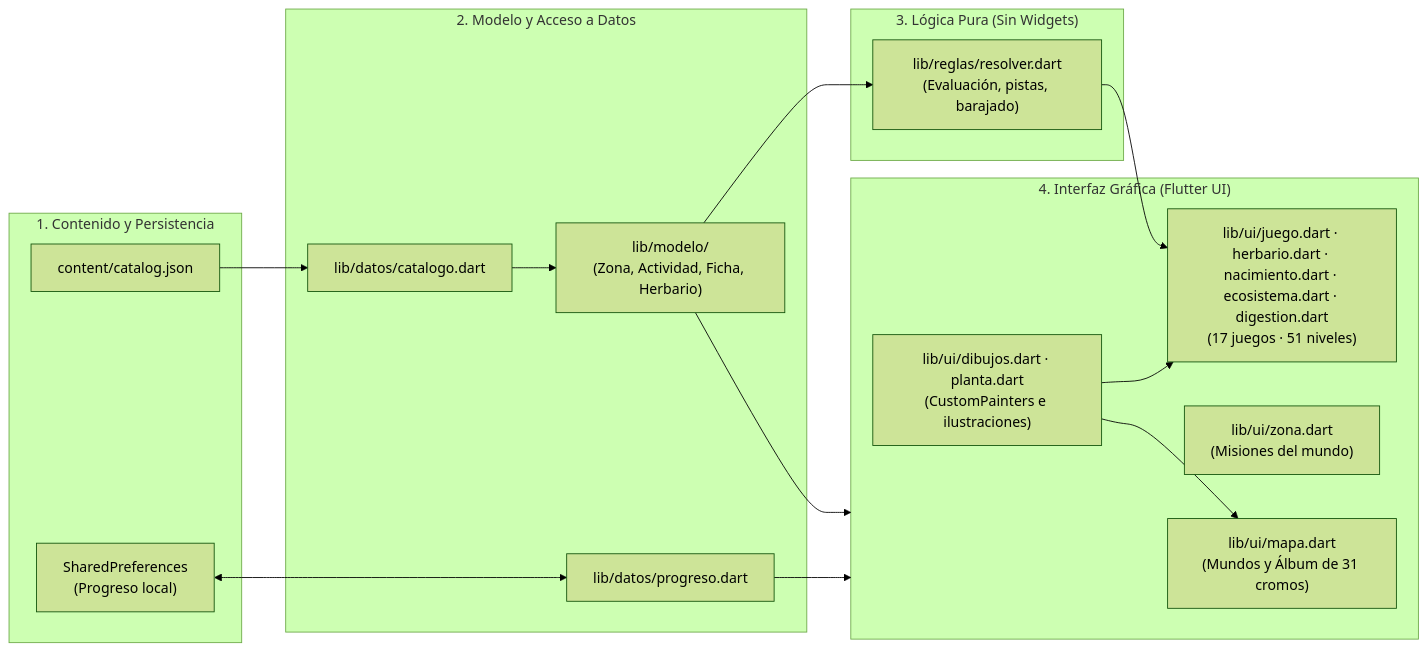
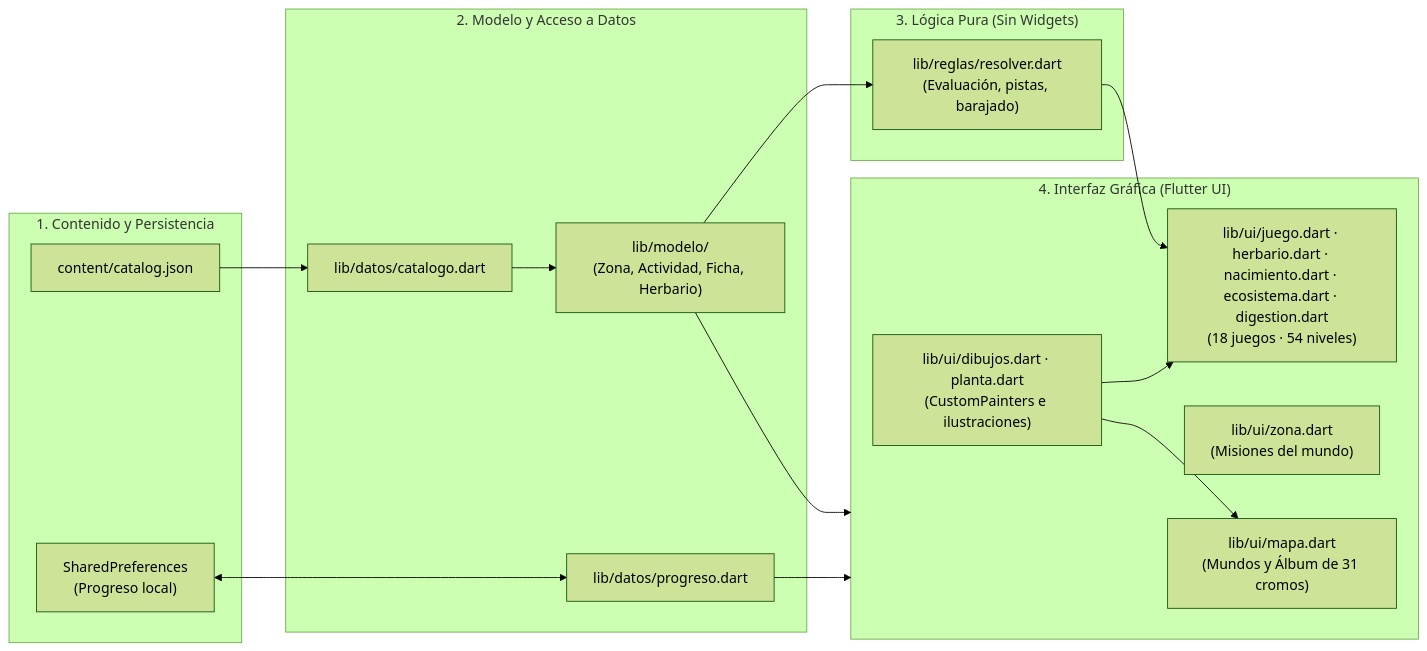
The first of 2 diagrams in README.md (imoroc/NaturalMente), drawn with Mermaid (forest theme) before and after one commit. The commit also changed other lines of this file and 4 other files, not shown here.

````diff
--- a/README.md
+++ b/README.md
@@ -64,34 +65,34 @@
 ```mermaid
 flowchart LR
   subgraph Datos["1. Contenido y Persistencia"]
     JSON["content/catalog.json"]
     PREFS["SharedPreferences\n(Progreso local)"]
   end
 
   subgraph Dominio["2. Modelo y Acceso a Datos"]
     CAT["lib/datos/catalogo.dart"]
     PROG["lib/datos/progreso.dart"]
     MOD["lib/modelo/\n(Zona, Actividad, Ficha, Herbario)"]
   end
 
   subgraph Reglas["3. Lógica Pura (Sin Widgets)"]
     RES["lib/reglas/resolver.dart\n(Evaluación, pistas, barajado)"]
   end
 
   subgraph Interfaz["4. Interfaz Gráfica (Flutter UI)"]
     MAPA["lib/ui/mapa.dart\n(Mundos y Álbum de 31 cromos)"]
     ZONA["lib/ui/zona.dart\n(Misiones del mundo)"]
-    JUEGO["lib/ui/juego.dart · herbario.dart · nacimiento.dart · ecosistema.dart · digestion.dart\n(17 juegos · 51 niveles)"]
+    JUEGO["lib/ui/juego.dart · herbario.dart · nacimiento.dart · ecosistema.dart · digestion.dart\n(18 juegos · 54 niveles)"]
     DIB["lib/ui/dibujos.dart · planta.dart\n(CustomPainters e ilustraciones)"]
   end
 
   JSON --> CAT
   PREFS <--> PROG
   CAT --> MOD
   MOD --> RES
   MOD --> Interfaz
   PROG --> Interfaz
   RES --> JUEGO
   DIB --> JUEGO
   DIB --> MAPA
 ```
````
